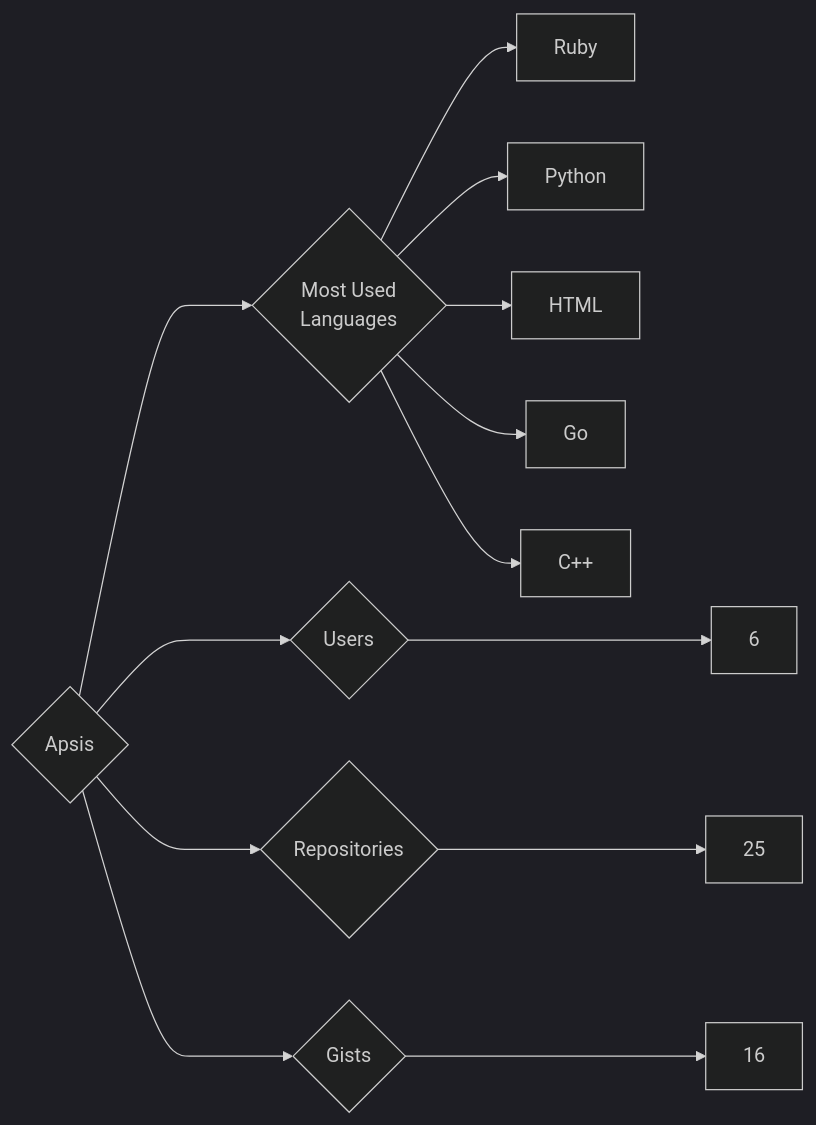
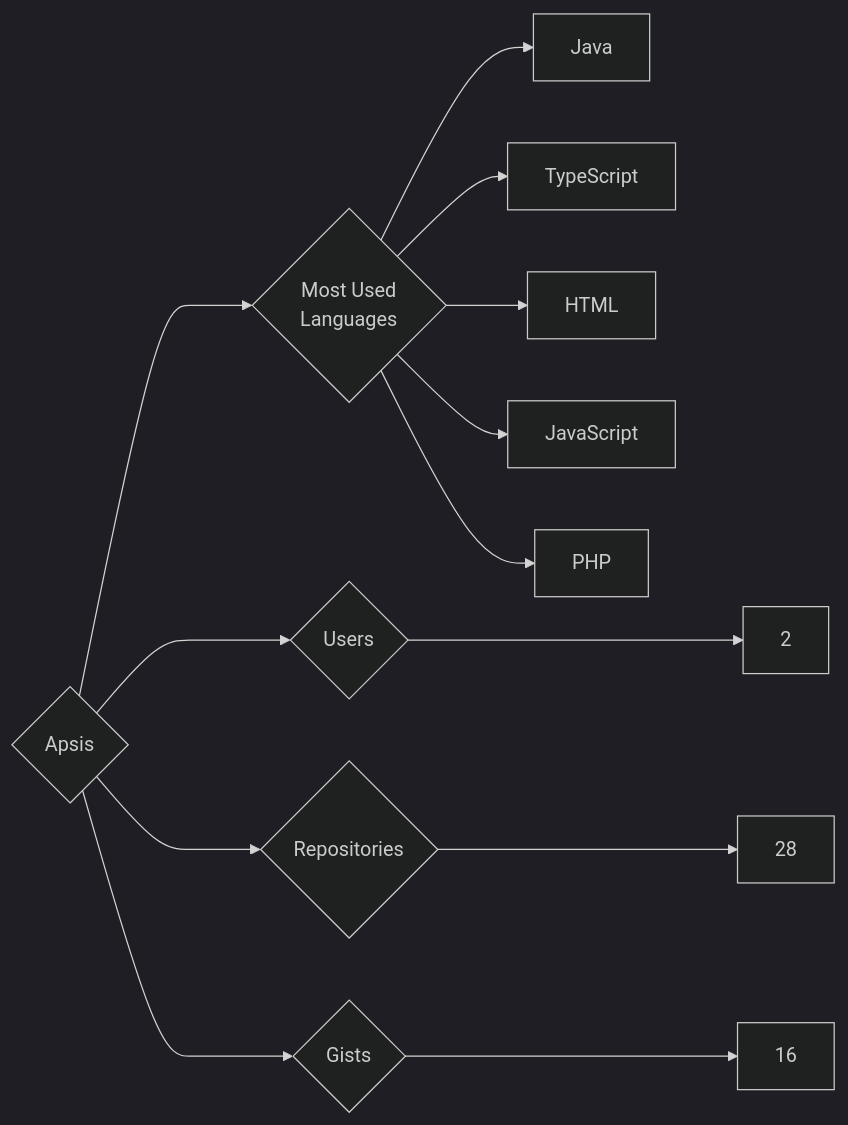
The diagram in targets/Apsis/README.md (trickest/insiders), drawn with Mermaid (dark theme) before and after one commit. The commit also changed 629 other files, not shown here.

````diff
--- a/targets/Apsis/README.md
+++ b/targets/Apsis/README.md
@@ -3,13 +3,13 @@
 ```mermaid
 graph LR
 COMPANY_NAME{Apsis}
-COMPANY_NAME ---> U{Users} ---> UN[6]
-COMPANY_NAME ---> R{Repositories} ---> RN[25]
+COMPANY_NAME ---> U{Users} ---> UN[2]
+COMPANY_NAME ---> R{Repositories} ---> RN[28]
 COMPANY_NAME ---> G{Gists} ---> GN[16]
 COMPANY_NAME ---> ML{Most Used<br>Languages}
-ML --> Ruby[Ruby]
-ML --> Python[Python]
+ML --> Java[Java]
+ML --> TypeScript[TypeScript]
 ML --> HTML[HTML]
-ML --> Go[Go]
-ML --> C++[C++]
+ML --> JavaScript[JavaScript]
+ML --> PHP[PHP]
 ```
````
